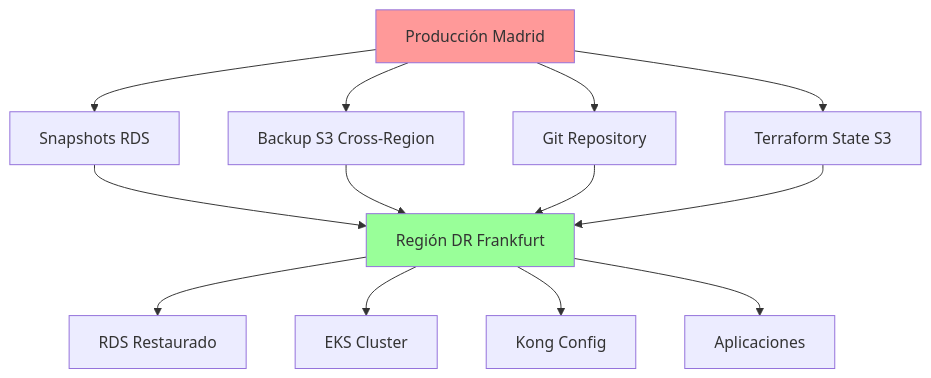
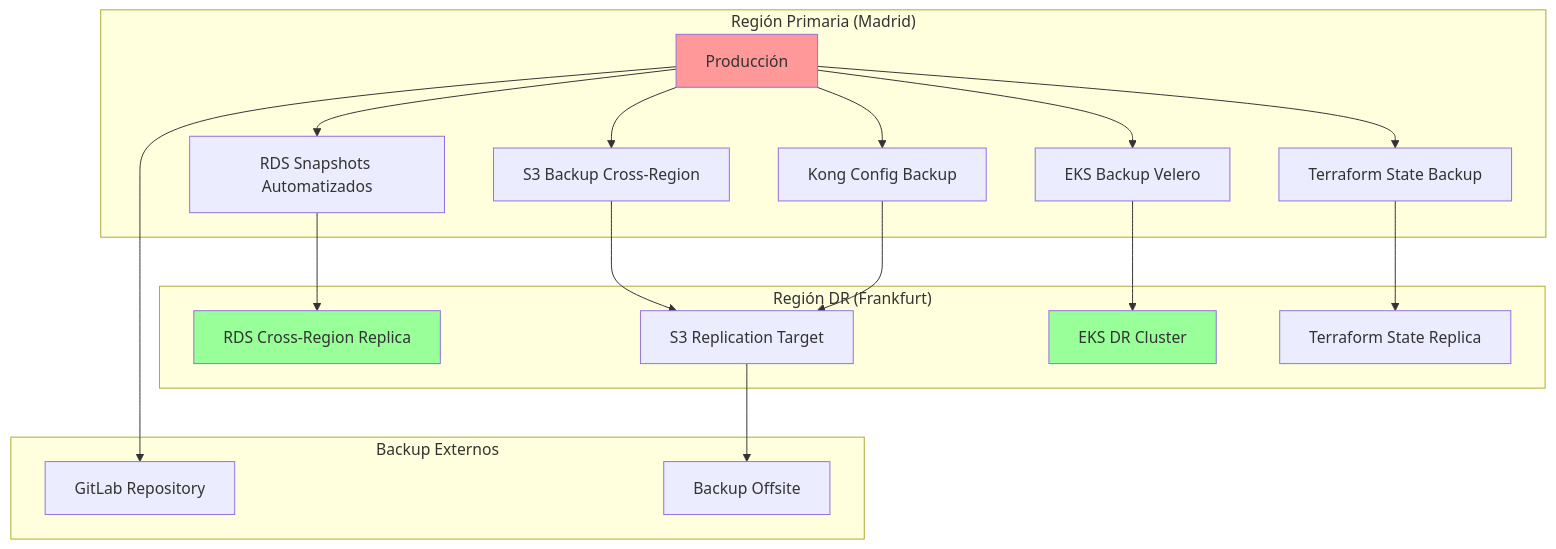
One commit to retrogamecloud/docs changed the diagram in infrastructure/disaster-recovery-playbook.mdx. Above: the diagram before and after it, drawn with Mermaid. The commit also changed other lines of this file and 40 other files, not shown here.

````diff
--- a/infrastructure/disaster-recovery-playbook.mdx
+++ b/infrastructure/disaster-recovery-playbook.mdx
@@ -35,21 +68,35 @@
 ```mermaid
 graph TB
-    A[Producción Madrid] --> B[Snapshots RDS]
-    A --> C[Backup S3 Cross-Region]
-    A --> D[Git Repository]
-    A --> E[Terraform State S3]
+    subgraph "Región Primaria (Madrid)"
+        A[Producción] --> B[RDS Snapshots Automatizados]
+        A --> C[EKS Backup Velero]
+        A --> D[S3 Backup Cross-Region]
+        A --> E[Terraform State Backup]
+        A --> F[Kong Config Backup]
+    end
 
-    B --> F[Región DR Frankfurt]
-    C --> F
-    D --> F
-    E --> F
+    subgraph "Región DR (Frankfurt)"
+        G[RDS Cross-Region Replica]
+        H[S3 Replication Target]
+        I[EKS DR Cluster]
+        J[Terraform State Replica]
+    end
 
-    F --> G[RDS Restaurado]
-    F --> H[EKS Cluster]
-    F --> I[Kong Config]
-    F --> J[Aplicaciones]
+    B --> G
+    C --> I
+    D --> H
+    E --> J
+    F --> H
+
+    subgraph "Backup Externos"
+        K[GitLab Repository]
+        L[Backup Offsite]
+    end
+
+    A --> K
+    H --> L
 
     style A fill:#ff9999
-    style F fill:#99ff99
-
+    style G fill:#99ff99
+    style I fill:#99ff99
 ```
````
